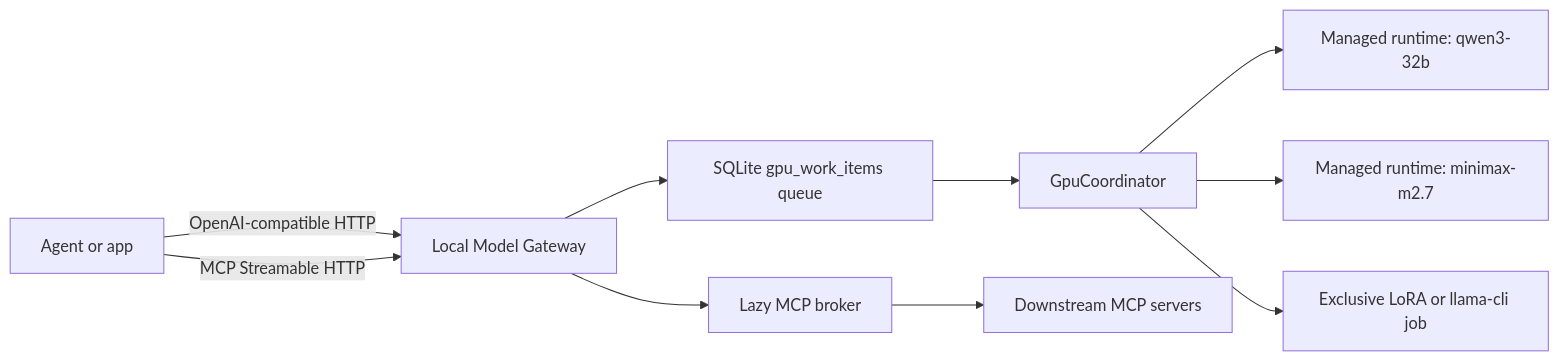
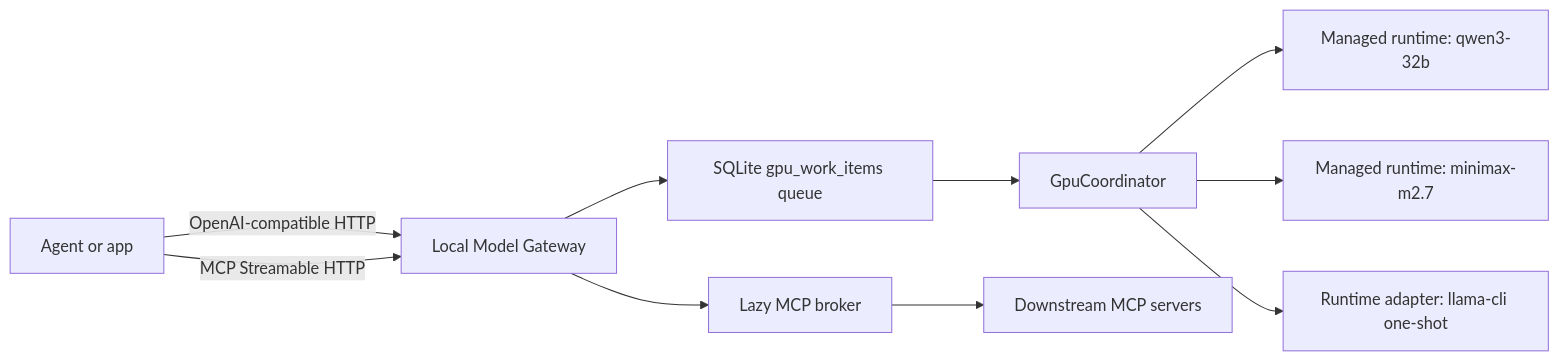
Before and after one commit to vstep1/local-model-gateway: the diagram in README.md, drawn with Mermaid. The commit also changed other lines of this file and 21 other files, not shown here.

````diff
--- a/README.md
+++ b/README.md
@@ -95,12 +95,12 @@
 ```mermaid
 flowchart LR
   A["Agent or app"] -->|"OpenAI-compatible HTTP"| G["Local Model Gateway"]
   A -->|"MCP Streamable HTTP"| G
   G --> Q["SQLite gpu_work_items queue"]
   Q --> C["GpuCoordinator"]
   C --> R1["Managed runtime: qwen3-32b"]
   C --> R2["Managed runtime: minimax-m2.7"]
-  C --> R3["Exclusive LoRA or llama-cli job"]
+  C --> R3["Runtime adapter: llama-cli one-shot"]
   G --> B["Lazy MCP broker"]
   B --> D["Downstream MCP servers"]
 ```
````
